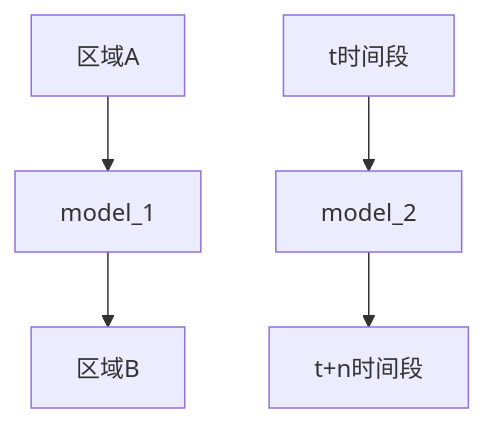
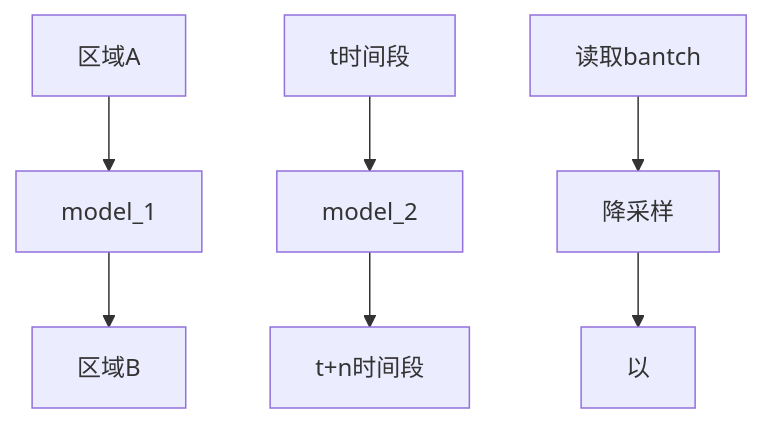
One commit to ianZzzzzz/alert-analysis changed the diagram in thinking.md. Above: the diagram before and after it, drawn with Mermaid. The commit also changed other lines of this file and 2 other files, not shown here.

````diff
--- a/thinking.md
+++ b/thinking.md
@@ -2,6 +2,8 @@
 ```mermaid
 graph TB
     区域A-->model_1-->区域B
     t时间段-->model_2-->t+n时间段
-        
+
+    读取bantch-->降采样-->以
+    
 ```
````
